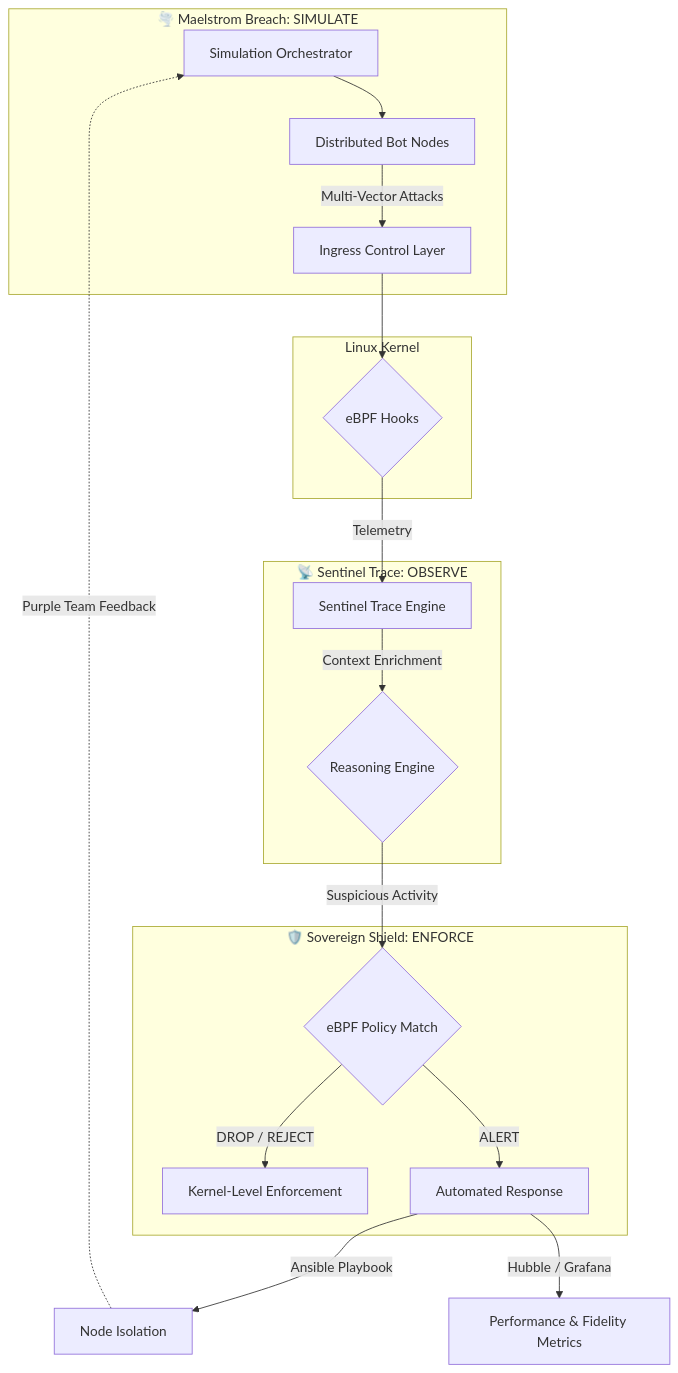
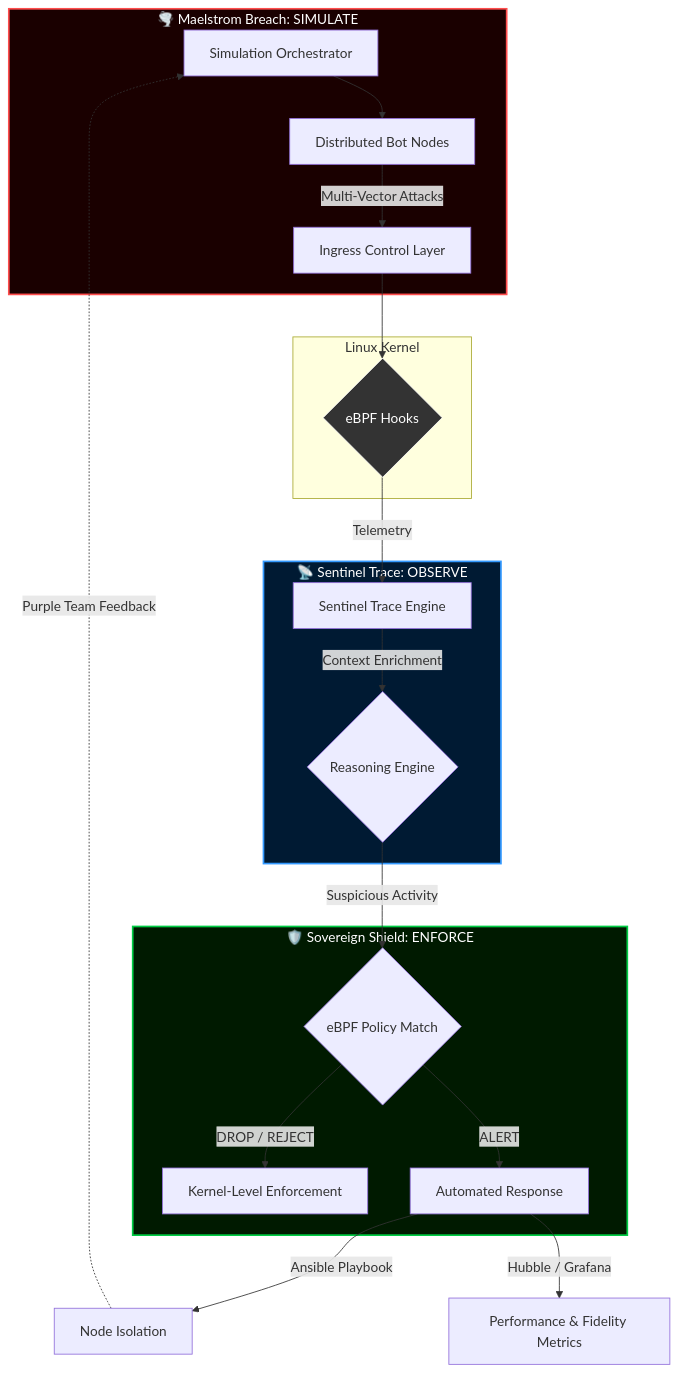
One commit to eyeC-DevSecOps-project/.github changed the diagram in profile/README.md. Above: the diagram before and after it, drawn with Mermaid.

````diff
--- a/profile/README.md
+++ b/profile/README.md
@@ -68,31 +68,37 @@
 ```mermaid
 graph TB
     %% Phase 1: Offensive Generation (Maelstrom Breach)
     subgraph Red_Team [🌪️ Maelstrom Breach: SIMULATE]
         ORCH[Simulation Orchestrator] --> BOTS[Distributed Bot Nodes]
         BOTS -->|Multi-Vector Attacks| INGRESS[Ingress Control Layer]
     end
 
     %% Phase 2: Observability (Sentinel Trace)
     subgraph Kernel_Layer [Linux Kernel]
         INGRESS --> HOOKS{eBPF Hooks}
     end
 
     subgraph Blue_Team_Trace [📡 Sentinel Trace: OBSERVE]
         HOOKS -->|Telemetry| TRACE[Sentinel Trace Engine]
         TRACE -->|Context Enrichment| REASON{Reasoning Engine}
     end
 
     %% Phase 3: Enforcement (Sovereign Shield)
     subgraph Blue_Team_Shield [🛡️ Sovereign Shield: ENFORCE]
         REASON -->|Suspicious Activity| POLICY{eBPF Policy Match}
         POLICY -->|DROP / REJECT| DROP[Kernel-Level Enforcement]
         POLICY -->|ALERT| ACTION[Automated Response]
     end
 
     %% Automation & Feedback Loop
     ACTION -->|Ansible Playbook| ISO[Node Isolation]
     ACTION -->|Hubble / Grafana| METRICS[Performance & Fidelity Metrics]
     ISO -.->|Purple Team Feedback| ORCH
 
+    %% Styling
+    style Red_Team fill:#1a0000,stroke:#ff4d4d,stroke-width:2px,color:#fff
+    style Blue_Team_Trace fill:#001a33,stroke:#3399ff,stroke-width:2px,color:#fff
+    style Blue_Team_Shield fill:#001a00,stroke:#00cc44,stroke-width:2px,color:#fff
+    style HOOKS fill:#333,stroke:#fff,color:#fff
+
 ```
````
